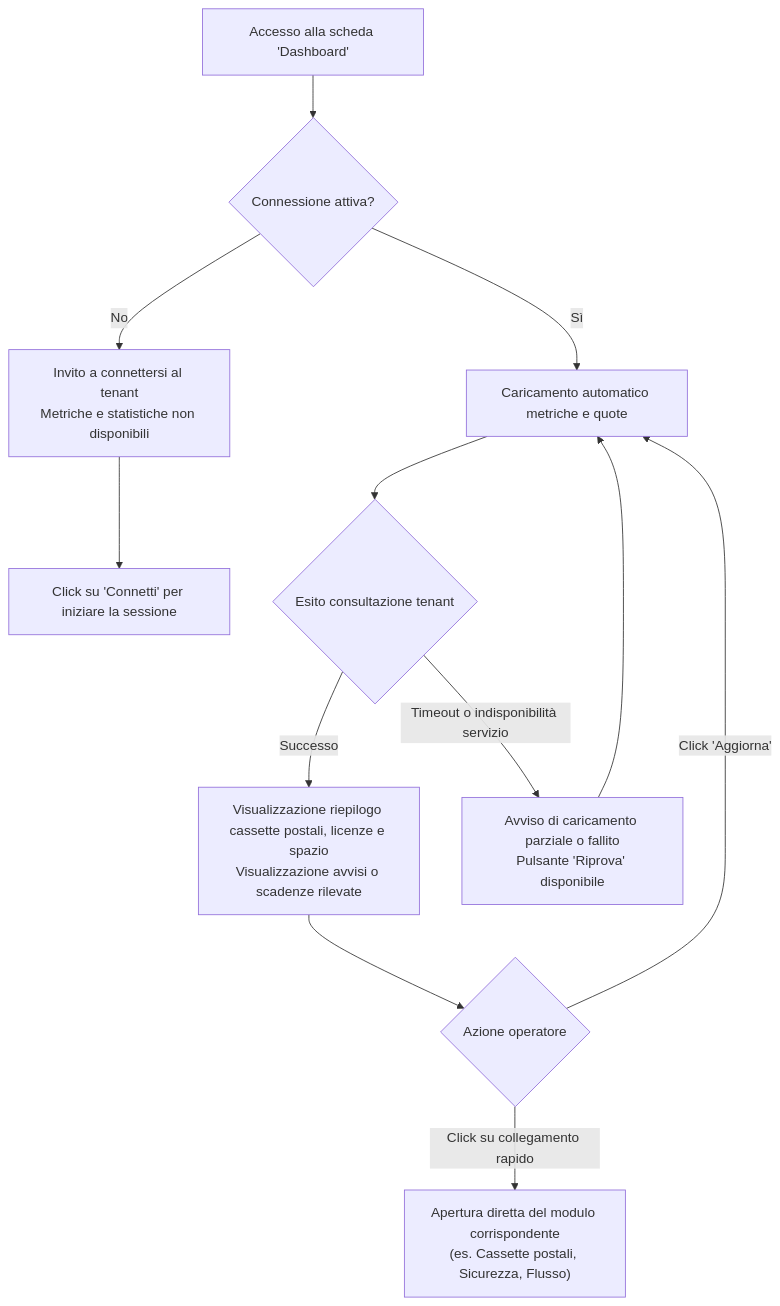
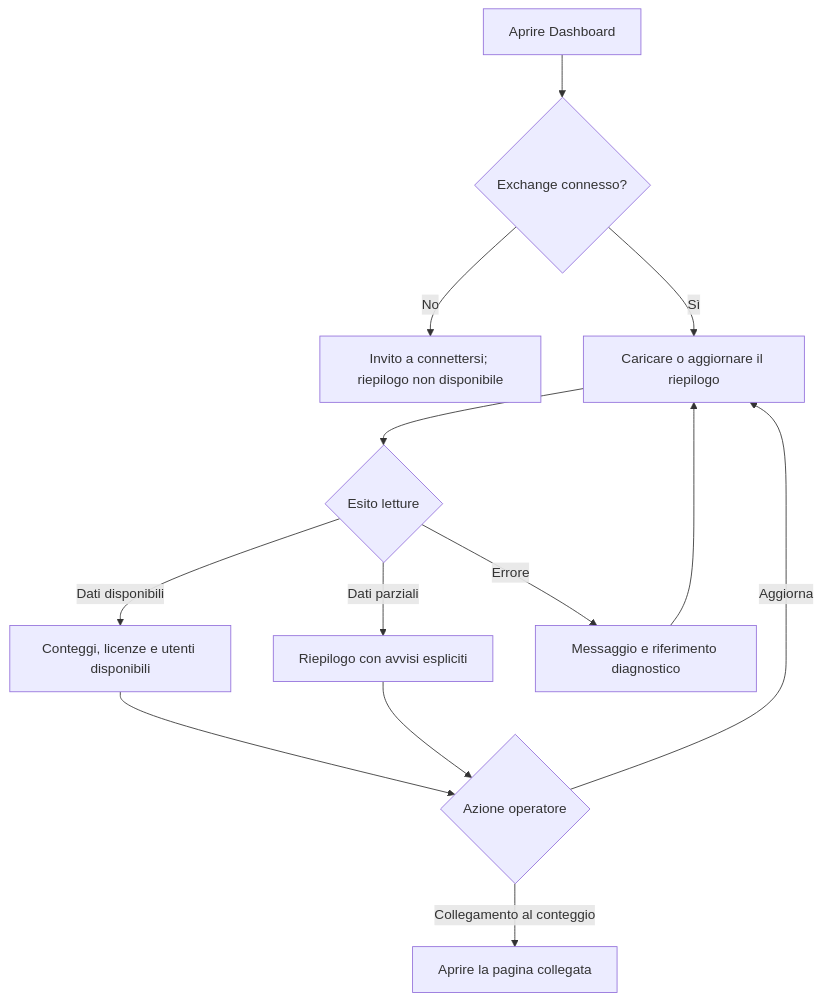
Before and after one commit to dennidalpos/OnlyExo365: the second of 8 diagrams in docs/operations/visual-guide.md, drawn with Mermaid. The commit also changed other lines of this file and 17 other files, not shown here.

````diff
--- a/docs/operations/visual-guide.md
+++ b/docs/operations/visual-guide.md
@@ -59,19 +44,15 @@
 ```mermaid
 flowchart TD
-    EnterDashboard["Accesso alla scheda 'Dashboard'"] --> CheckConn{"Connessione attiva?"}
-    
-    CheckConn -->|"No"| PromptConnect["Invito a connettersi al tenant<br/>Metriche e statistiche non disponibili"]
-    PromptConnect --> GoConnect["Click su 'Connetti' per iniziare la sessione"]
-    
-    CheckConn -->|"Sì"| LoadData["Caricamento automatico metriche e quote"]
-    LoadData --> DataOutcome{"Esito consultazione tenant"}
-    
-    DataOutcome -->|"Successo"| ShowStats["Visualizzazione riepilogo cassette postali, licenze e spazio<br/>Visualizzazione avvisi o scadenze rilevate"]
-    ShowStats --> UserAction{"Azione operatore"}
-    
-    UserAction -->|"Click su collegamento rapido"| NavigateTarget["Apertura diretta del modulo corrispondente<br/>(es. Cassette postali, Sicurezza, Flusso)"]
-    UserAction -->|"Click 'Aggiorna'"| LoadData
-    
-    DataOutcome -->|"Timeout o indisponibilità servizio"| ShowWarning["Avviso di caricamento parziale o fallito<br/>Pulsante 'Riprova' disponibile"]
-    ShowWarning --> LoadData
+    Open["Aprire Dashboard"] --> Connected{"Exchange connesso?"}
+    Connected -->|"No"| Empty["Invito a connettersi; riepilogo non disponibile"]
+    Connected -->|"Sì"| Load["Caricare o aggiornare il riepilogo"]
+    Load --> Result{"Esito letture"}
+    Result -->|"Dati disponibili"| Show["Conteggi, licenze e utenti disponibili"]
+    Result -->|"Dati parziali"| Partial["Riepilogo con avvisi espliciti"]
+    Result -->|"Errore"| Error["Messaggio e riferimento diagnostico"]
+    Show --> Action{"Azione operatore"}
+    Partial --> Action
+    Action -->|"Aggiorna"| Load
+    Action -->|"Collegamento al conteggio"| Navigate["Aprire la pagina collegata"]
+    Error --> Load
 ```
````
